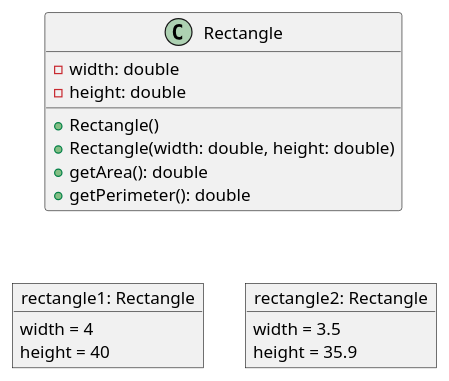
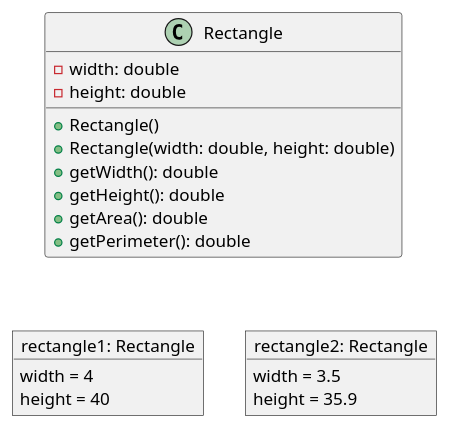
Before and after one commit to ytanii/JavaExercises: the diagram in chapter9/Rectangle.puml, drawn with PlantUML.

Commit message:
update Rectangle UML diagram

```diff
--- a/chapter9/Rectangle.puml
+++ b/chapter9/Rectangle.puml
@@ -1,26 +1,28 @@
 @startuml
 'https://plantuml.com/class-diagram
 class Rectangle{
 -width: double
 -height: double
 
 +Rectangle()
 +Rectangle(width: double, height: double)
++getWidth(): double
++getHeight(): double
 +getArea(): double
 +getPerimeter(): double
 
 }
 
 object "rectangle1: Rectangle" as rectangle1{
 width = 4
 height = 40
 }
 object "rectangle2: Rectangle" as rectangle2{
 width = 3.5
 height = 35.9
 }
 
 Rectangle -down[hidden]-> rectangle1
 Rectangle -down[hidden]-> rectangle2
 
 @enduml
```
